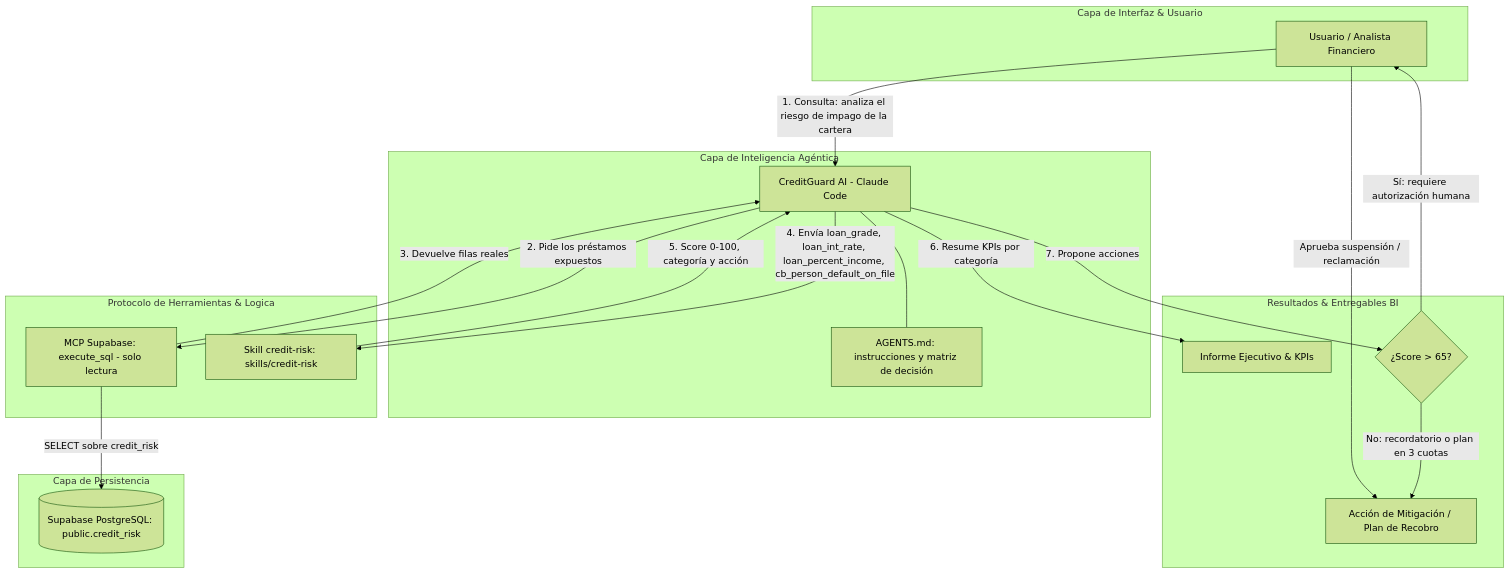
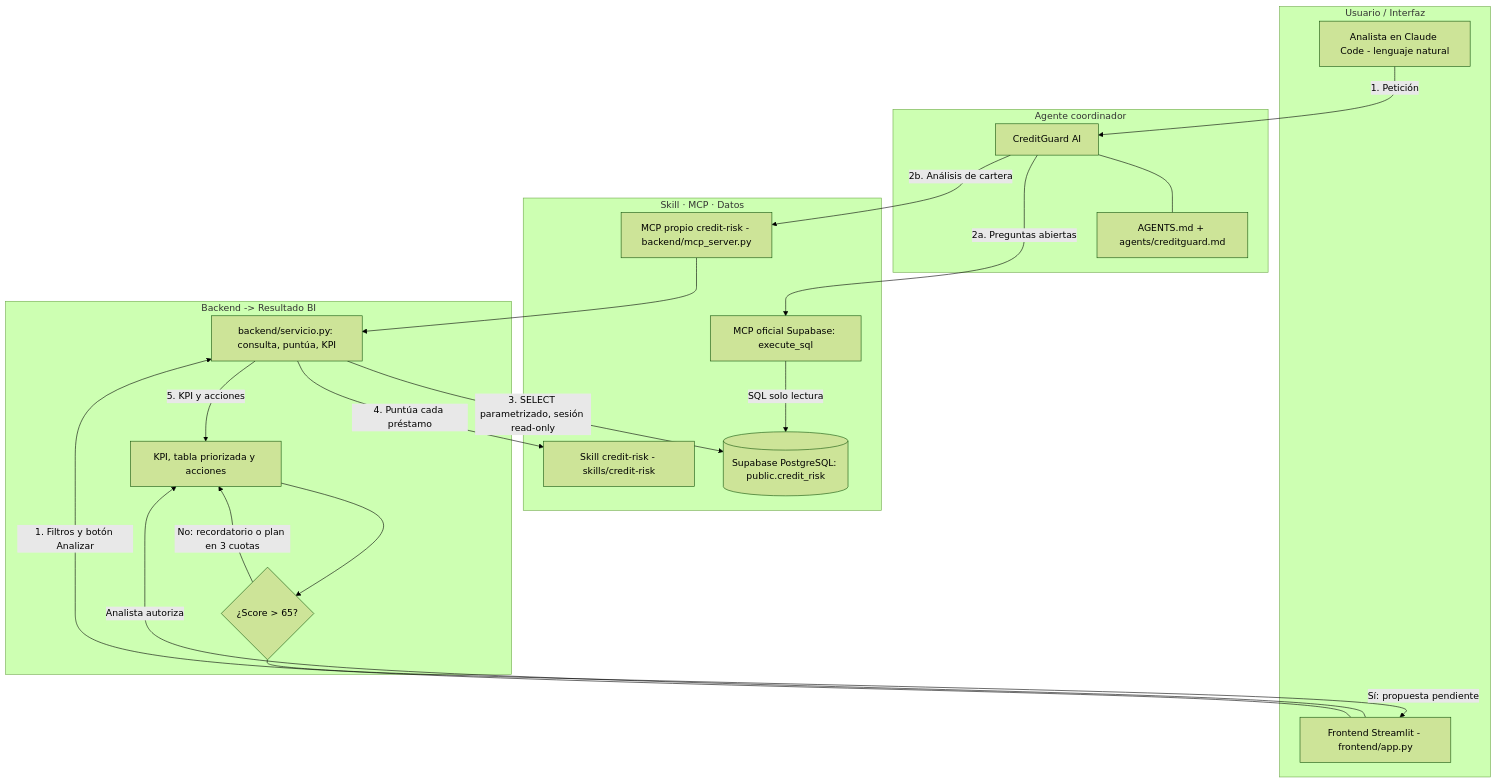
Before and after one commit to NViuche/credit-risk-agent: the diagram in investigacion/diagrama_flujo_sistema_agentico.md, drawn with Mermaid (forest theme). The commit also changed 21 other files, not shown here.

First line of the commit message:
Completa la estructura del hackathon: backend, MCP propio, frontend y pruebas

````diff
--- a/investigacion/diagrama_flujo_sistema_agentico.md
+++ b/investigacion/diagrama_flujo_sistema_agentico.md
@@ -3,44 +3,40 @@
 ```mermaid
 graph TD
-    %% Roles y Capas
-    subgraph CAPA_INTERFAZ [Capa de Interfaz & Usuario]
-        UI[Usuario / Analista Financiero]
+    subgraph CAPA_INTERFAZ [Usuario / Interfaz]
+        UI_CLAUDE[Analista en Claude Code - lenguaje natural]
+        UI_WEB[Frontend Streamlit - frontend/app.py]
     end
 
-    subgraph CAPA_ORQUESTACION [Capa de Inteligencia Agéntica]
-        AGENT[CreditGuard AI - Claude Code]
-        PROMPT[AGENTS.md: instrucciones y matriz de decisión]
+    subgraph CAPA_ORQUESTACION [Agente coordinador]
+        AGENT[CreditGuard AI]
+        PROMPT[AGENTS.md + agents/creditguard.md]
         AGENT --- PROMPT
     end
 
-    subgraph CAPA_HERRAMIENTAS [Protocolo de Herramientas & Logica]
-        DATA[MCP Supabase: execute_sql - solo lectura]
-        SKILL[Skill credit-risk: skills/credit-risk]
-    end
-
-    subgraph CAPA_DATOS [Capa de Persistencia]
+    subgraph CAPA_HERRAMIENTAS [Skill · MCP · Datos]
+        SKILL[Skill credit-risk - skills/credit-risk]
+        MCP_SB[MCP oficial Supabase: execute_sql]
+        MCP_CR[MCP propio credit-risk - backend/mcp_server.py]
         DB[(Supabase PostgreSQL: public.credit_risk)]
     end
 
-    subgraph CAPA_SALIDA [Resultados & Entregables BI]
-        OUT_DASHBOARD[Informe Ejecutivo & KPIs]
-        OUT_ACTION[Acción de Mitigación / Plan de Recobro]
+    subgraph CAPA_BACKEND [Backend -> Resultado BI]
+        SERV[backend/servicio.py: consulta, puntúa, KPI]
+        OUT[KPI, tabla priorizada y acciones]
         HUMAN{¿Score > 65?}
     end
 
-    %% Flujo de Ejecución Secuencial
-    UI -->|1. Consulta: analiza el riesgo de impago de la cartera| AGENT
-
-    AGENT -->|2. Pide los préstamos expuestos| DATA
-    DATA -->|SELECT sobre credit_risk| DB
-    DATA -->|3. Devuelve filas reales| AGENT
-
-    AGENT -->|4. Envía loan_grade, loan_int_rate, loan_percent_income, cb_person_default_on_file| SKILL
-    SKILL -->|5. Score 0-100, categoría y acción| AGENT
-
-    AGENT -->|6. Resume KPIs por categoría| OUT_DASHBOARD
-    AGENT -->|7. Propone acciones| HUMAN
-    HUMAN -->|No: recordatorio o plan en 3 cuotas| OUT_ACTION
-    HUMAN -->|Sí: requiere autorización humana| UI
-    UI -->|Aprueba suspensión / reclamación| OUT_ACTION
+    UI_CLAUDE -->|1. Petición| AGENT
+    AGENT -->|2a. Preguntas abiertas| MCP_SB
+    MCP_SB -->|SQL solo lectura| DB
+    AGENT -->|2b. Análisis de cartera| MCP_CR
+    MCP_CR --> SERV
+    UI_WEB -->|1. Filtros y botón Analizar| SERV
+    SERV -->|3. SELECT parametrizado, sesión read-only| DB
+    SERV -->|4. Puntúa cada préstamo| SKILL
+    SERV -->|5. KPI y acciones| OUT
+    OUT --> HUMAN
+    HUMAN -->|No: recordatorio o plan en 3 cuotas| OUT
+    HUMAN -->|Sí: propuesta pendiente| UI_WEB
+    UI_WEB -->|Analista autoriza| OUT
 ```
````
